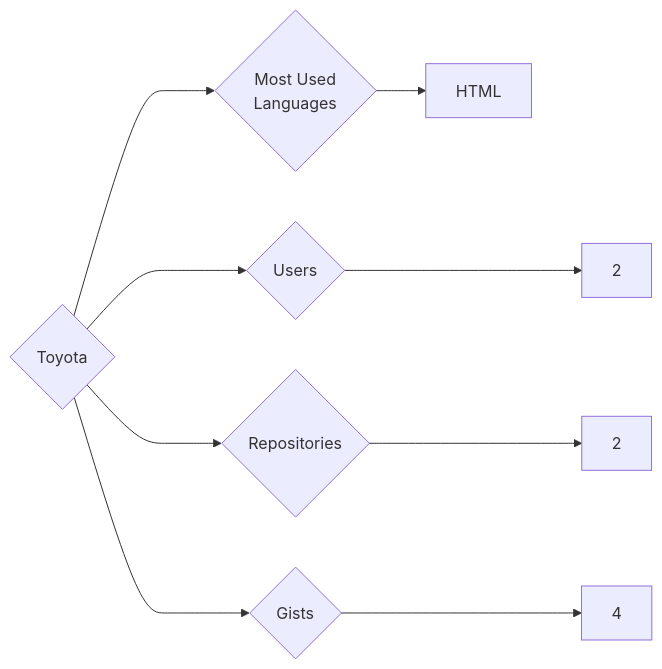
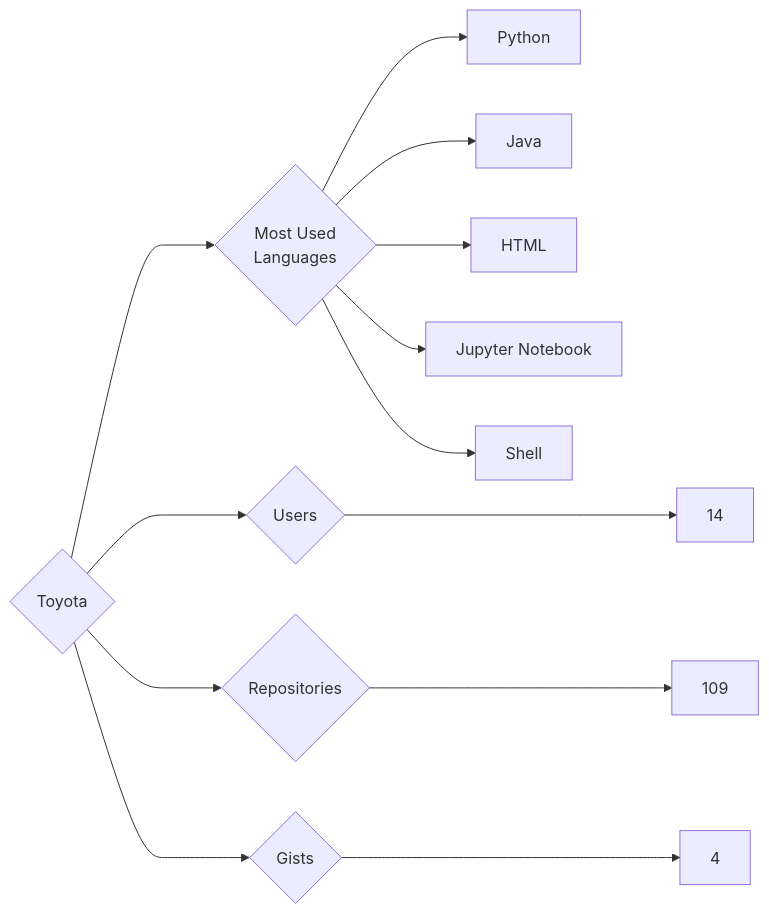
One commit to trickest/insiders changed the diagram in targets/Toyota/README.md. Above: the diagram before and after it, drawn with Mermaid. The commit also changed 725 other files, not shown here.

````diff
--- a/targets/Toyota/README.md
+++ b/targets/Toyota/README.md
@@ -3,9 +3,13 @@
 ```mermaid
 graph LR
 COMPANY_NAME{Toyota}
-COMPANY_NAME ---> U{Users} ---> UN[2]
-COMPANY_NAME ---> R{Repositories} ---> RN[2]
+COMPANY_NAME ---> U{Users} ---> UN[14]
+COMPANY_NAME ---> R{Repositories} ---> RN[109]
 COMPANY_NAME ---> G{Gists} ---> GN[4]
 COMPANY_NAME ---> ML{Most Used<br>Languages}
+ML --> Python[Python]
+ML --> Java[Java]
 ML --> HTML[HTML]
+ML --> Jupyter_Notebook[Jupyter Notebook]
+ML --> Shell[Shell]
 ```
````
